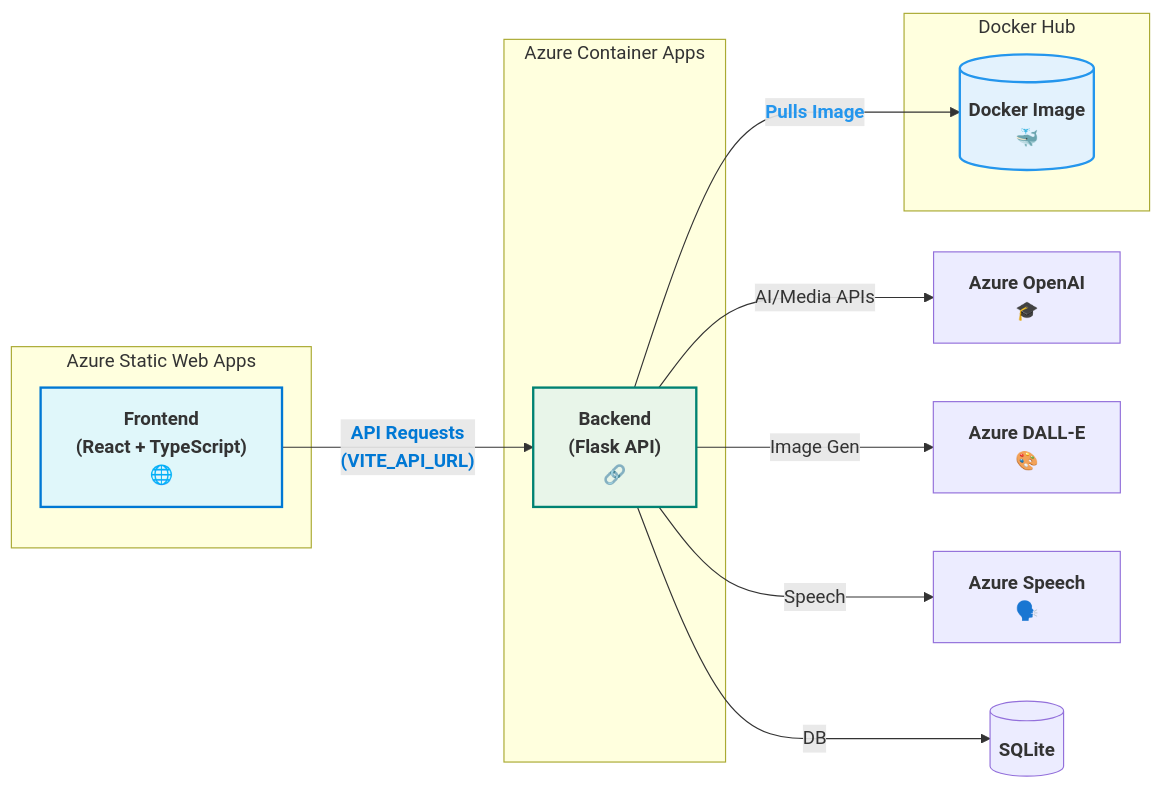
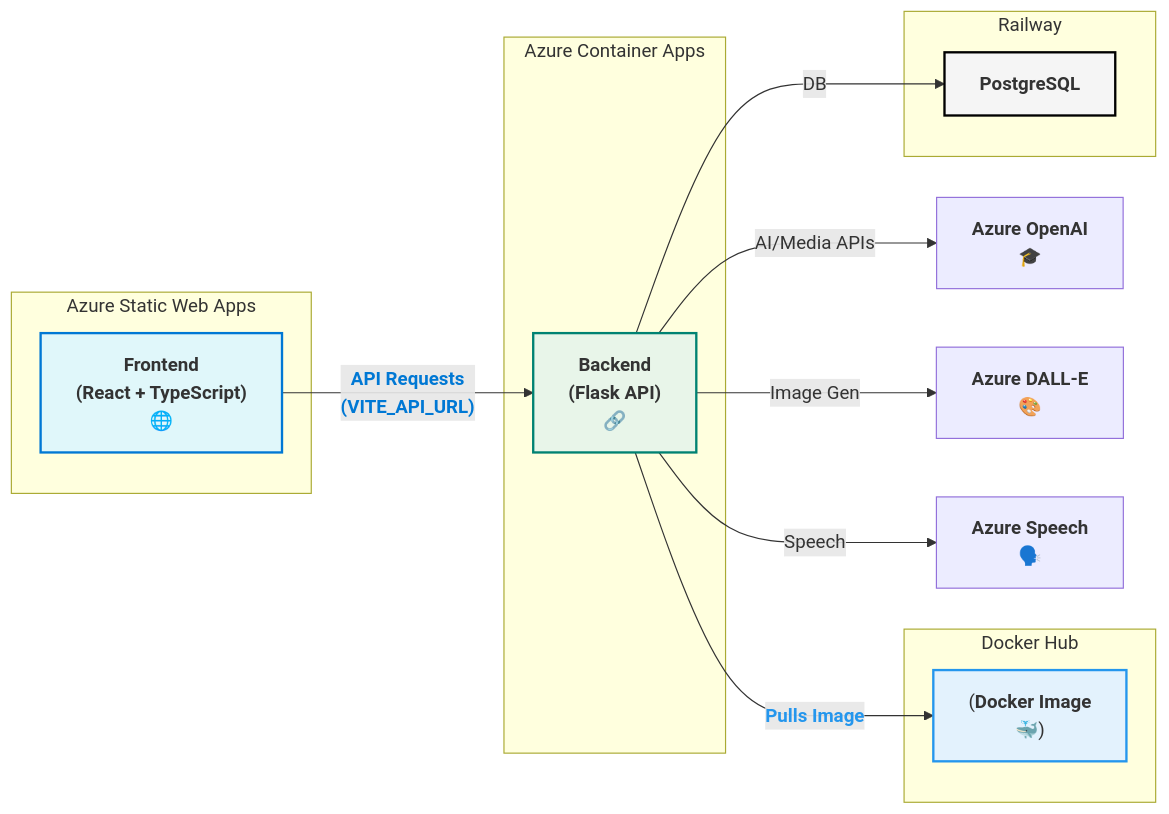
The first of 4 diagrams in README.md (ajmalrasouli/ai-storyteller), drawn with Mermaid before and after one commit. The commit also changed other lines of this file, not shown here.

````diff
--- a/README.md
+++ b/README.md
@@ -46,21 +46,25 @@
 ```mermaid
 flowchart LR
     subgraph Azure Static Web Apps
         style FE fill:#e0f7fa,stroke:#0078D4,stroke-width:2px
         FE["<b>Frontend<br/>(React + TypeScript)</b><br/>🌐"]
     end
     subgraph Azure Container Apps
         style BE fill:#e8f5e9,stroke:#008272,stroke-width:2px
         BE["<b>Backend<br/>(Flask API)</b><br/>🔗"]
     end
     subgraph Docker Hub
         style DH fill:#e3f2fd,stroke:#2496ED,stroke-width:2px
-        DH[("<b>Docker Image</b><br/>🐳")]
+        DH["(<b>Docker Image</b><br/>🐳)"]
+    end
+    subgraph Railway
+        style DB fill:#f5f5f5,stroke:#000000,stroke-width:2px
+        DB["<b>PostgreSQL</b>"]
     end
     FE -- "<b style='color:#0078D4;'>API Requests<br/>(VITE_API_URL)</b>" --> BE
     BE -- "<b style='color:#2496ED;'>Pulls Image</b>" --> DH
     BE -- "AI/Media APIs" --> OA["<b>Azure OpenAI<br/>🎓</b>"]
     BE -- "Image Gen" --> DALLE["<b>Azure DALL-E<br/>🎨</b>"]
     BE -- "Speech" --> SPEECH["<b>Azure Speech<br/>🗣️</b>"]
-    BE -- "DB" --> DB[("<b>SQLite</b>")]
+    BE -- "DB" --> DB
 ```
````
